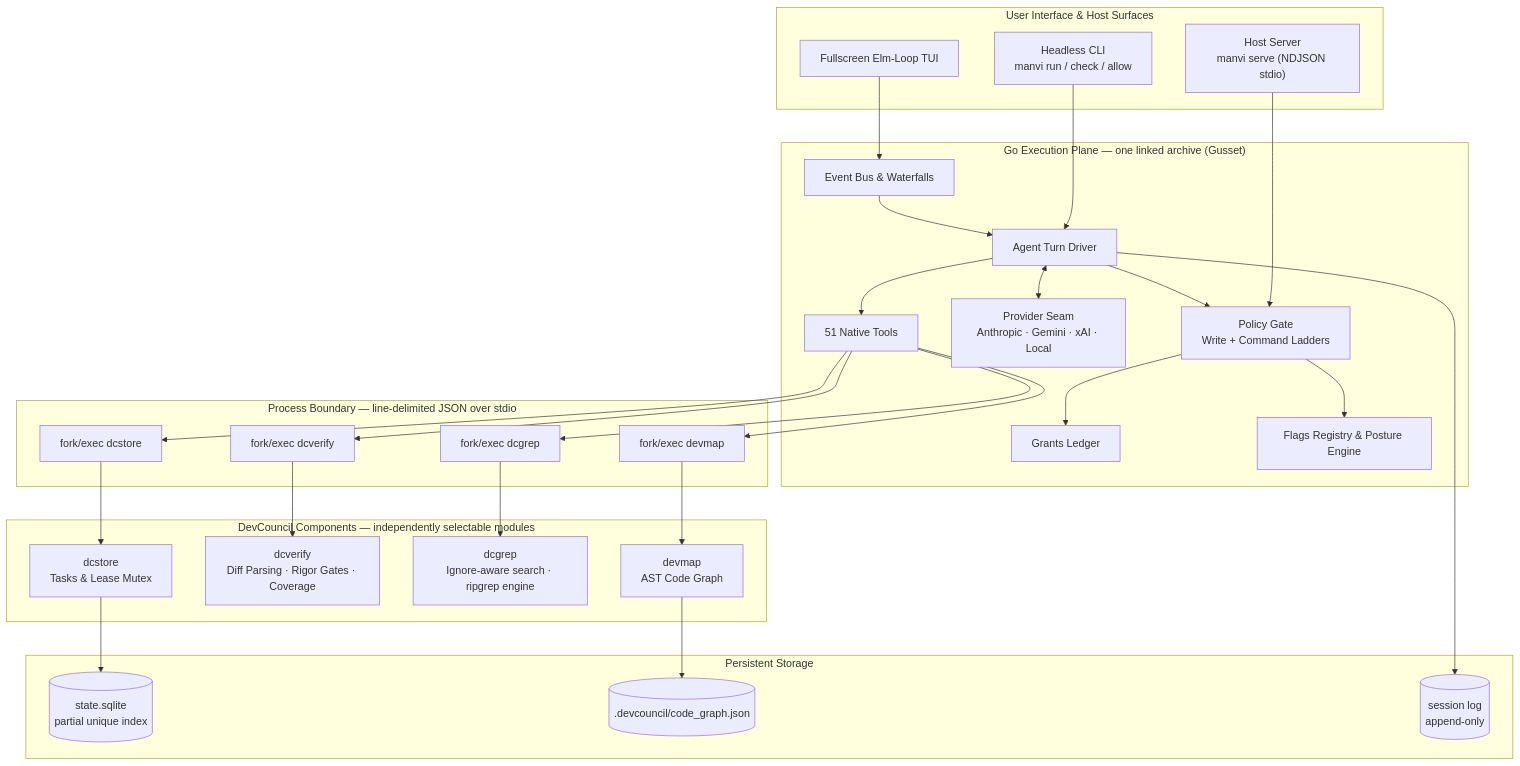
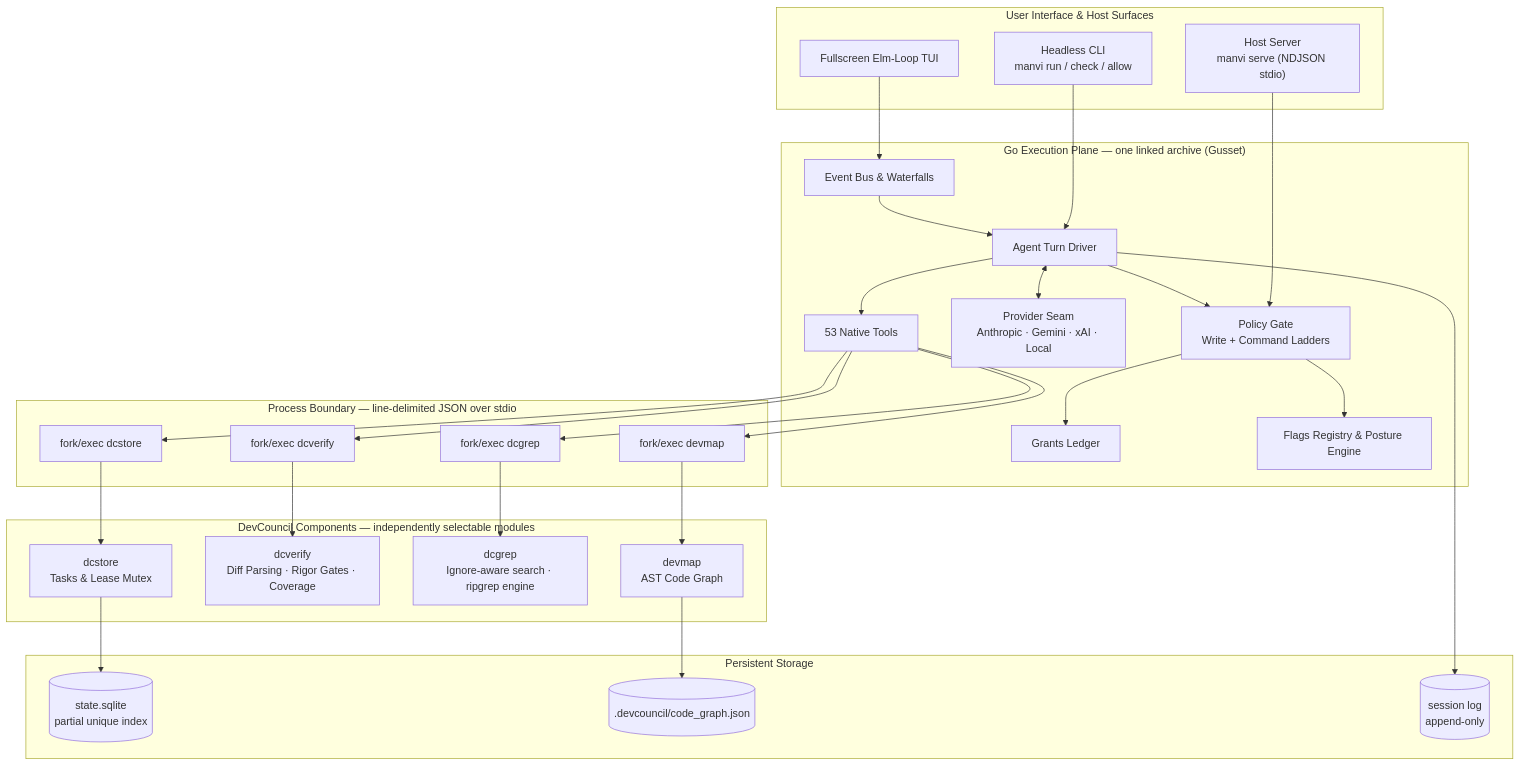
One commit to bharathvbcr/Manvi changed the first of 9 diagrams in README.md. Above: the diagram before and after it, drawn with Mermaid. The commit also changed other lines of this file and 37 other files, not shown here.

First line of the commit message:
Native DevCouncil tools: devcouncil_batch, devcouncil_code, read-before-overwrite guard, enforced batching

````diff
--- a/README.md
+++ b/README.md
@@ -57,56 +57,56 @@
 ```mermaid
 flowchart TB
     subgraph UI["User Interface & Host Surfaces"]
         TUI["Fullscreen Elm-Loop TUI"]
         CLI["Headless CLI<br/>manvi run / check / allow"]
         Serve["Host Server<br/>manvi serve (NDJSON stdio)"]
     end
 
     subgraph GoPlane["Go Execution Plane — one linked archive (Gusset)"]
         Bus["Event Bus & Waterfalls"]
         AgentLoop["Agent Turn Driver"]
         Gate["Policy Gate<br/>Write + Command Ladders"]
         Grants["Grants Ledger"]
         Registry["Flags Registry & Posture Engine"]
         Providers["Provider Seam<br/>Anthropic · Gemini · xAI · Local"]
-        Tools["51 Native Tools"]
+        Tools["53 Native Tools"]
     end
 
     subgraph Boundary["Process Boundary — line-delimited JSON over stdio"]
         P1["fork/exec dcstore"]
         P2["fork/exec dcverify"]
         P3["fork/exec devmap"]
         P4["fork/exec dcgrep"]
     end
 
     subgraph Components["DevCouncil Components — independently selectable modules"]
         DCStore["dcstore<br/>Tasks & Lease Mutex"]
         DCVerify["dcverify<br/>Diff Parsing · Rigor Gates · Coverage"]
         DCGrep["dcgrep<br/>Ignore-aware search · ripgrep engine"]
         DevMap["devmap<br/>AST Code Graph"]
     end
 
     subgraph Storage["Persistent Storage"]
         SQLite[("state.sqlite<br/>partial unique index")]
         CodeGraph[(".devcouncil/code_graph.json")]
         SessionLog[("session log<br/>append-only")]
     end
 
     TUI --> Bus
     CLI --> AgentLoop
     Serve --> Gate
     Bus --> AgentLoop
     AgentLoop --> Gate
     Gate --> Grants
     Gate --> Registry
     AgentLoop <--> Providers
     AgentLoop --> Tools
     AgentLoop --> SessionLog
     Tools --> P1 & P2 & P3 & P4
     P1 --> DCStore
     P2 --> DCVerify
     P3 --> DevMap
     P4 --> DCGrep
     DCStore --> SQLite
     DevMap --> CodeGraph
 ```
````
